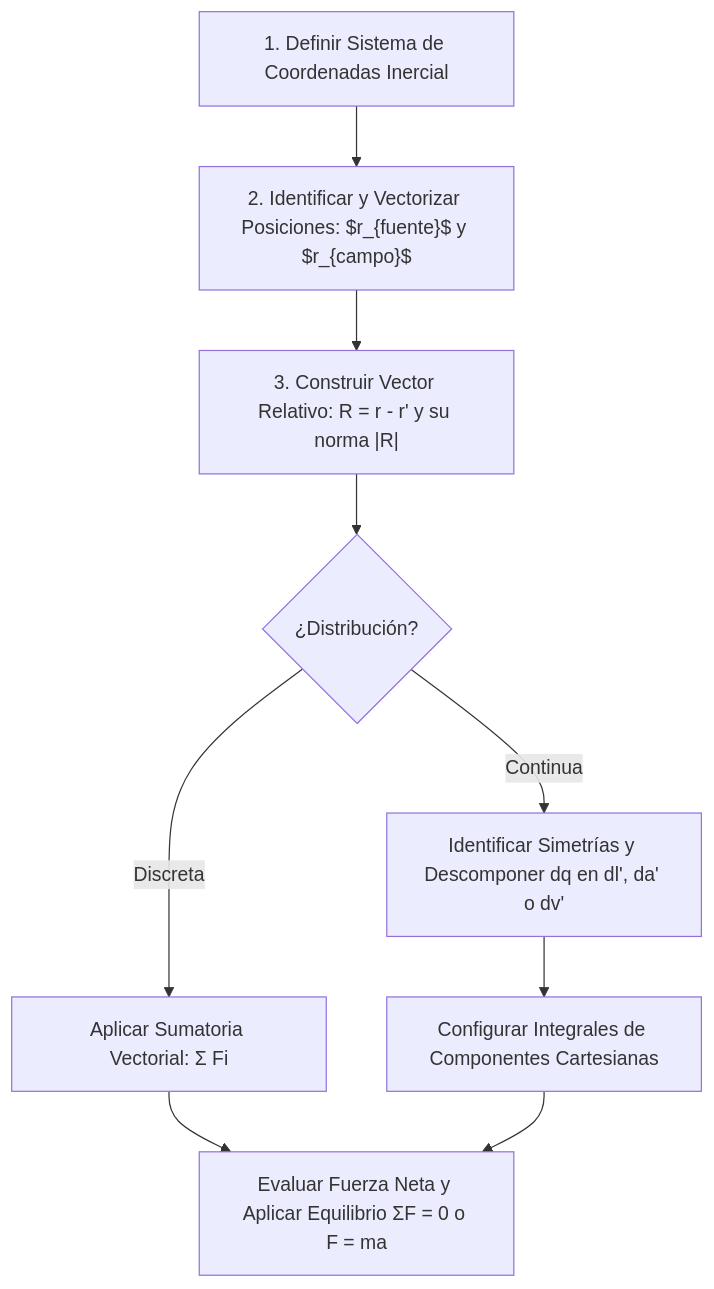
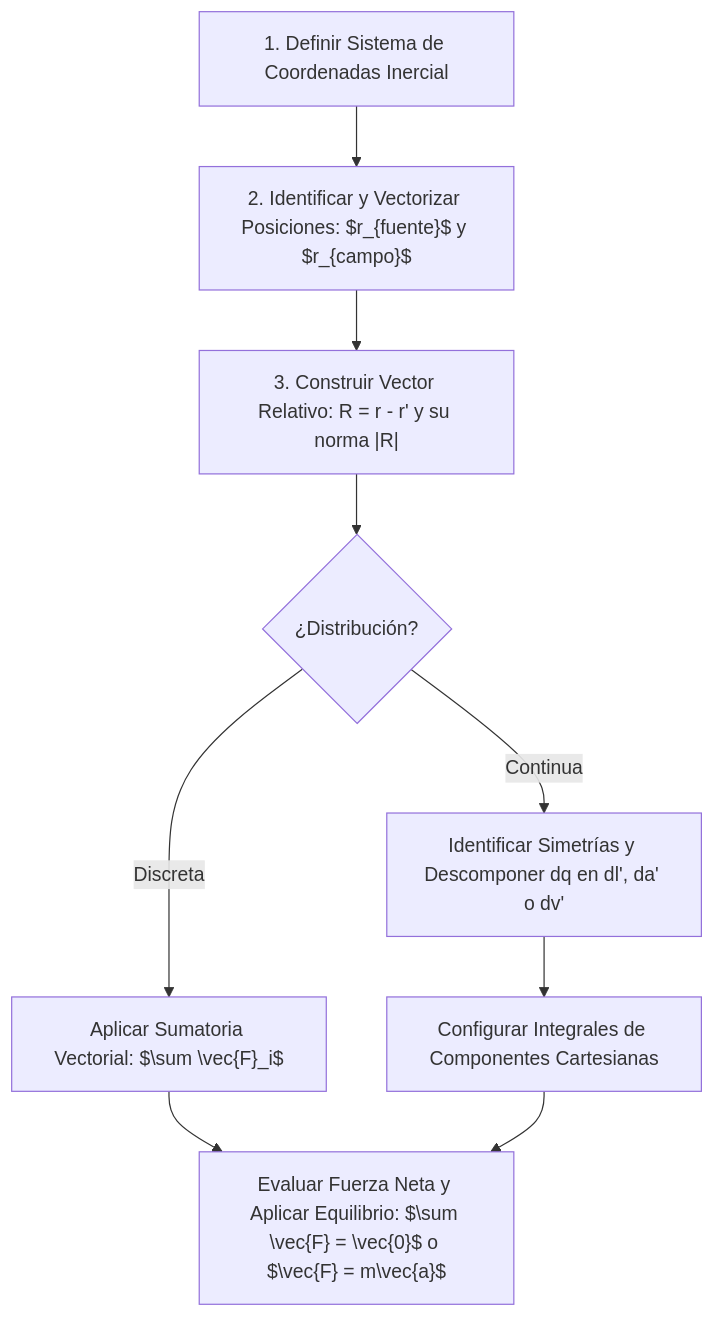
One commit to jhoseph-est/view-md changed the third of 3 diagrams in src/content/docs/3-universitario/3-tercer-ciclo/2-física-3/1-introduccion-y-ley-de-coulomb.md. Above: the diagram before and after it, drawn with Mermaid.

````diff
--- a/src/content/docs/3-universitario/3-tercer-ciclo/2-física-3/1-introduccion-y-ley-de-coulomb.md
+++ b/src/content/docs/3-universitario/3-tercer-ciclo/2-física-3/1-introduccion-y-ley-de-coulomb.md
@@ -323,11 +323,11 @@
 ```mermaid
 flowchart TD
     M1[1. Definir Sistema de Coordenadas Inercial] --> M2["2. Identificar y Vectorizar Posiciones: $r_{fuente}$ y $r_{campo}$"]
     M2 --> M3["3. Construir Vector Relativo: R = r - r' y su norma |R|"]
     M3 --> M4{¿Distribución?}
-    M4 -- Discreta --> M5["Aplicar Sumatoria Vectorial: Σ Fi"]
+    M4 -- Discreta --> M5["Aplicar Sumatoria Vectorial: $\sum \vec{F}_i$"]
     M4 -- Continua --> M6["Identificar Simetrías y Descomponer dq en dl', da' o dv'"]
     M6 --> M7["Configurar Integrales de Componentes Cartesianas"]
-    M5 --> M8[Evaluar Fuerza Neta y Aplicar Equilibrio ΣF = 0 o F = ma]
+    M5 --> M8["Evaluar Fuerza Neta y Aplicar Equilibrio: $\sum \vec{F} = \vec{0}$ o $\vec{F} = m\vec{a}$"]
     M7 --> M8
 ```
````
